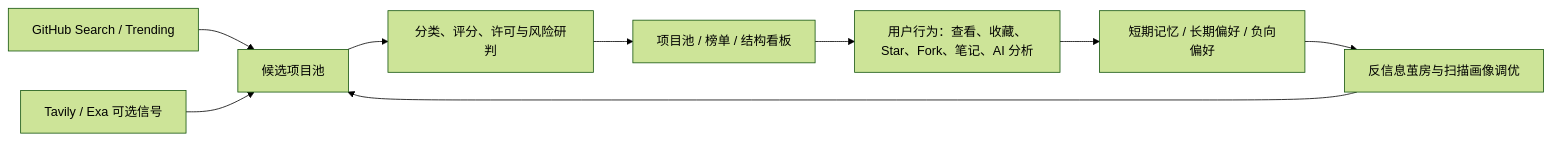
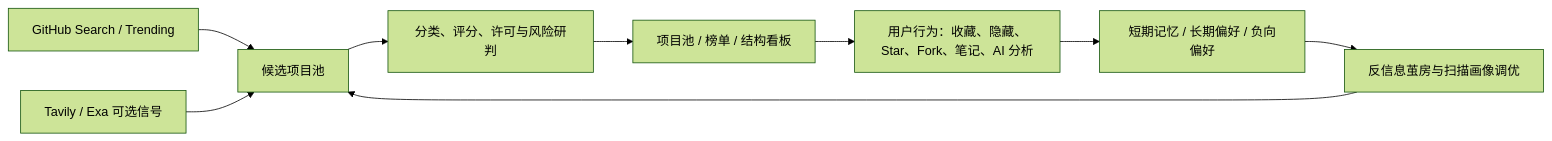
Before and after one commit to HachikoJ/starvault-imprint: the second of 2 diagrams in README.md, drawn with Mermaid (forest theme). The commit also changed other lines of this file and 63 other files, not shown here.

````diff
--- a/README.md
+++ b/README.md
@@ -166,11 +189,11 @@
 ```mermaid
 flowchart LR
   A["GitHub Search / Trending"] --> B["候选项目池"]
   C["Tavily / Exa 可选信号"] --> B
   B --> D["分类、评分、许可与风险研判"]
   D --> E["项目池 / 榜单 / 结构看板"]
-  E --> F["用户行为：查看、收藏、Star、Fork、笔记、AI 分析"]
+  E --> F["用户行为：收藏、隐藏、Star、Fork、笔记、AI 分析"]
   F --> G["短期记忆 / 长期偏好 / 负向偏好"]
   G --> H["反信息茧房与扫描画像调优"]
   H --> B
 ```
````
